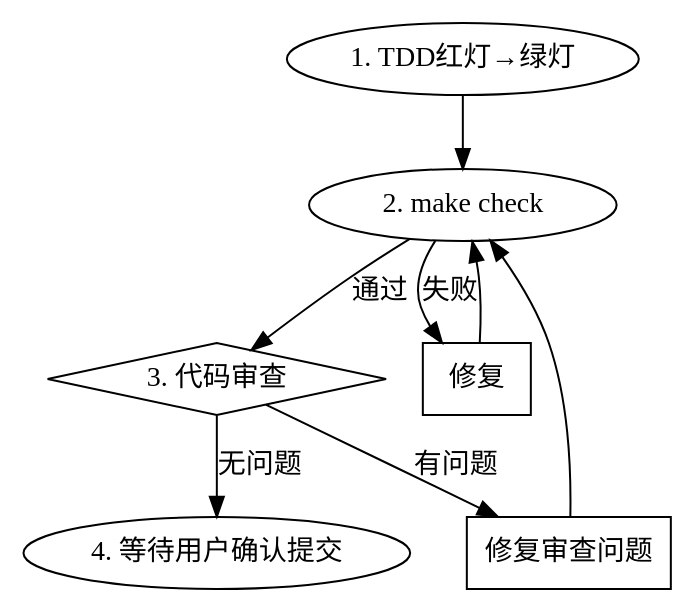
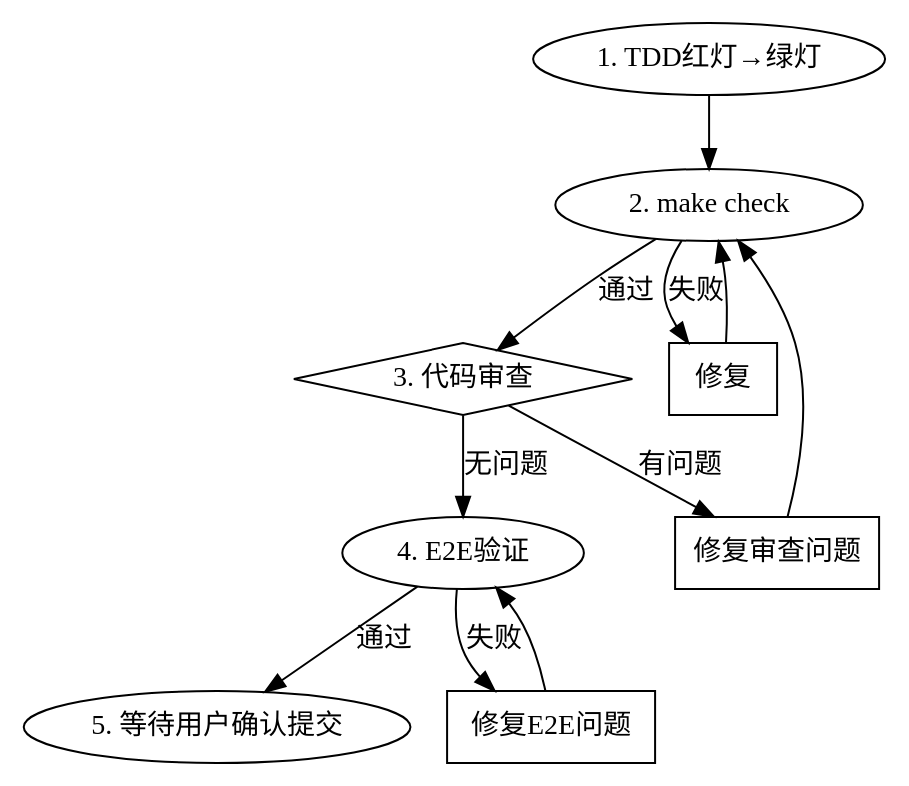
The diagram in .claude/skills/orbion-impl-plans/SKILL.md (morris2026/orbion), drawn with Graphviz before and after one commit. The commit also changed other lines of this file, not shown here.

````diff
--- a/.claude/skills/orbion-impl-plans/SKILL.md
+++ b/.claude/skills/orbion-impl-plans/SKILL.md
@@ -25,19 +25,23 @@
 ```dot
 digraph implement_step {
     rankdir=TB;
     node [shape=box];
 
     "1. TDD红灯→绿灯" [shape=ellipse];
     "2. make check" [shape=ellipse];
     "3. 代码审查" [shape=diamond];
-    "4. 等待用户确认提交" [shape=ellipse];
+    "4. E2E验证" [shape=ellipse];
+    "5. 等待用户确认提交" [shape=ellipse];
 
     "1. TDD红灯→绿灯" -> "2. make check";
     "2. make check" -> "3. 代码审查" [label="通过"];
     "2. make check" -> "修复" [label="失败"];
     "修复" -> "2. make check";
-    "3. 代码审查" -> "4. 等待用户确认提交" [label="无问题"];
+    "3. 代码审查" -> "4. E2E验证" [label="无问题"];
     "3. 代码审查" -> "修复审查问题" [label="有问题"];
     "修复审查问题" -> "2. make check";
+    "4. E2E验证" -> "5. 等待用户确认提交" [label="通过"];
+    "4. E2E验证" -> "修复E2E问题" [label="失败"];
+    "修复E2E问题" -> "4. E2E验证";
 }
 ```
````
